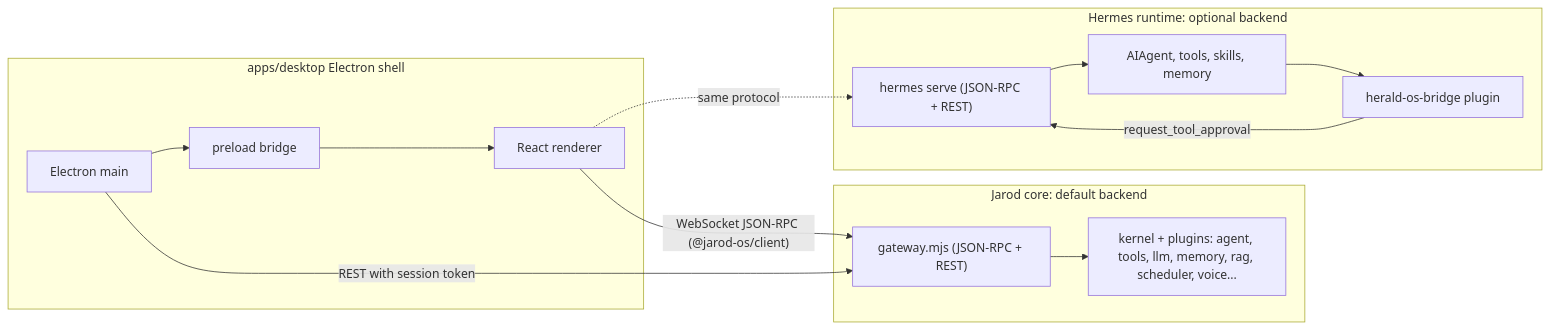
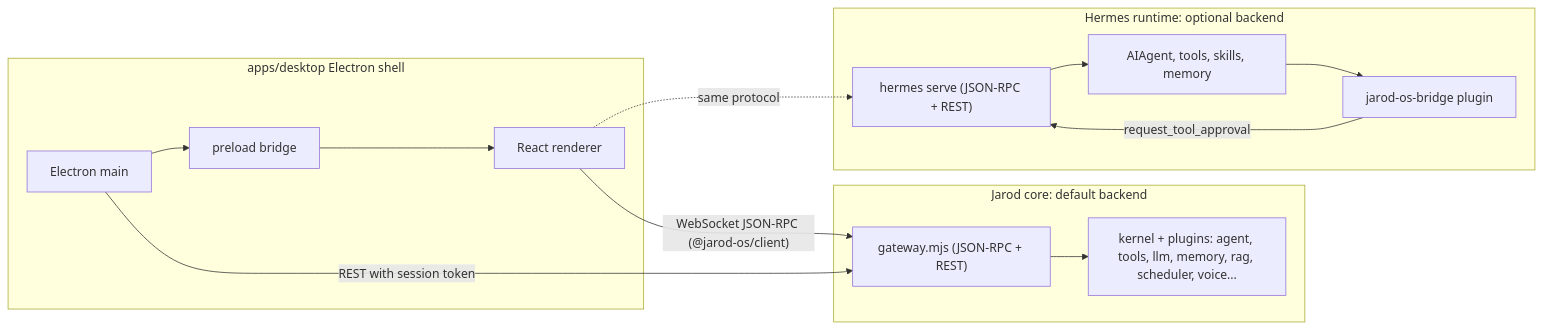
One commit to Liska11/jarod-os changed the diagram in docs/ARCHITECTURE.md. Above: the diagram before and after it, drawn with Mermaid. The commit also changed 23 other files, not shown here.

````diff
--- a/docs/ARCHITECTURE.md
+++ b/docs/ARCHITECTURE.md
@@ -24,24 +24,24 @@
 ```mermaid
 flowchart LR
   subgraph shell [apps/desktop Electron shell]
     Main[Electron main]
     Preload[preload bridge]
     Renderer[React renderer]
     Main --> Preload --> Renderer
   end
   subgraph core [Jarod core: default backend]
     Gateway["gateway.mjs (JSON-RPC + REST)"]
     Kernel[kernel + plugins: agent, tools, llm, memory, rag, scheduler, voice...]
     Gateway --> Kernel
   end
   subgraph hermes [Hermes runtime: optional backend]
     Serve["hermes serve (JSON-RPC + REST)"]
     Agent[AIAgent, tools, skills, memory]
-    Bridge[herald-os-bridge plugin]
+    Bridge[jarod-os-bridge plugin]
     Serve --> Agent --> Bridge
   end
   Renderer -->|"WebSocket JSON-RPC (@jarod-os/client)"| Gateway
   Main -->|"REST with session token"| Gateway
   Renderer -.->|same protocol| Serve
   Bridge -->|"request_tool_approval"| Serve
 ```
````
